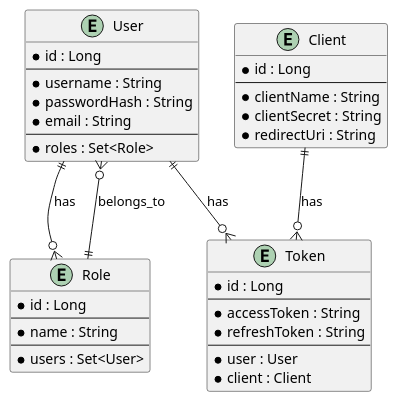
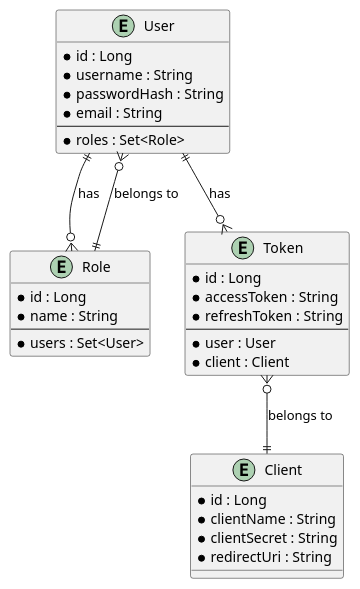
Before and after one commit to Dinesh-s95/AutoDoc.ai: the sixth of 6 diagrams in identityprovider/documentation/detaileddesign.adoc, drawn with PlantUML. The commit also changed other lines of this file and 4 other files, not shown here.

```diff
--- a/identityprovider/documentation/detaileddesign.adoc
+++ b/identityprovider/documentation/detaileddesign.adoc
@@ -412,45 +447,41 @@
-[plantuml, er-diagram, png]
+[plantuml, entity-relationship-diagram, png]
 ----
 @startuml
 entity "User" {
-  * id : Long
+  *id : Long
+  *username : String
+  *passwordHash : String
+  *email : String
   --
-  * username : String
-  * passwordHash : String
-  * email : String
-  --
-  * roles : Set<Role>
+  *roles : Set<Role>
 }
 
 entity "Role" {
-  * id : Long
+  *id : Long
+  *name : String
   --
-  * name : String
-  --
-  * users : Set<User>
+  *users : Set<User>
 }
 
 entity "Client" {
-  * id : Long
-  --
-  * clientName : String
-  * clientSecret : String
-  * redirectUri : String
+  *id : Long
+  *clientName : String
+  *clientSecret : String
+  *redirectUri : String
 }
 
 entity "Token" {
-  * id : Long
+  *id : Long
+  *accessToken : String
+  *refreshToken : String
   --
-  * accessToken : String
-  * refreshToken : String
-  --
-  * user : User
-  * client : Client
+  *user : User
+  *client : Client
 }
 
-User ||--o{ Role : has
-Role ||--o{ User : belongs_to
-User ||--o{ Token : has
-Client ||--o{ Token : has
+User ||--o{ Role : "has"
+Role ||--o{ User : "belongs to"
+User ||--o{ Token : "has"
+Token }o--|| Client : "belongs to"
 @enduml
 ----
```
